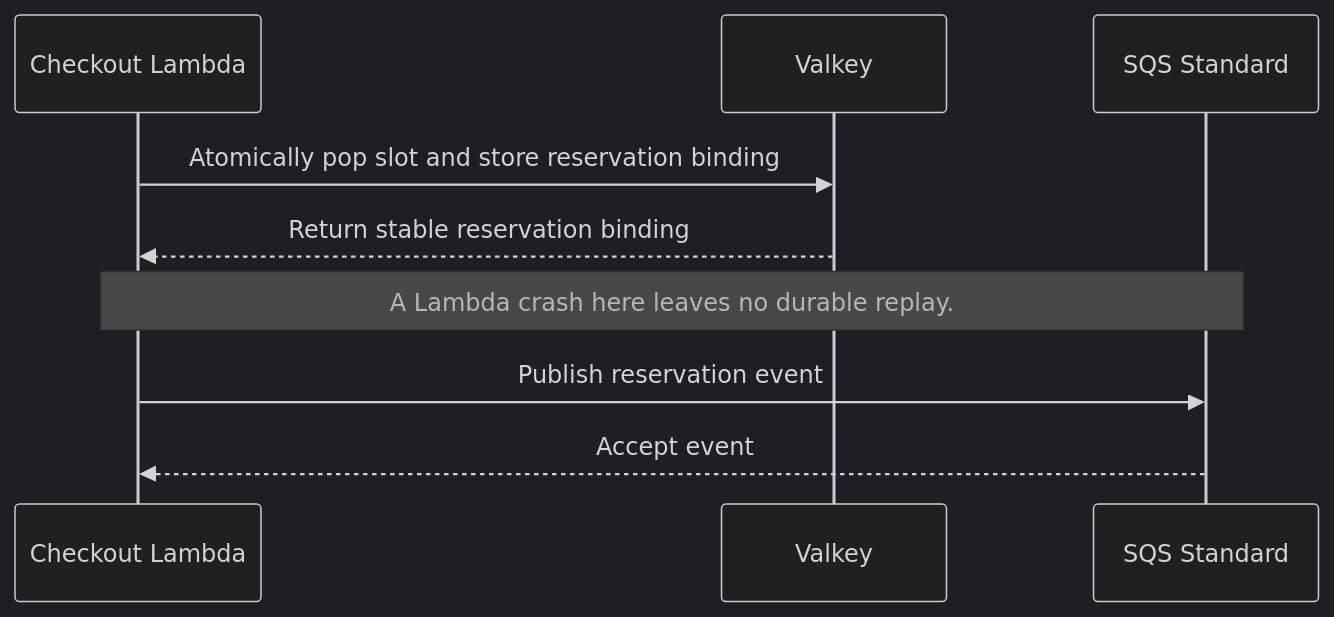
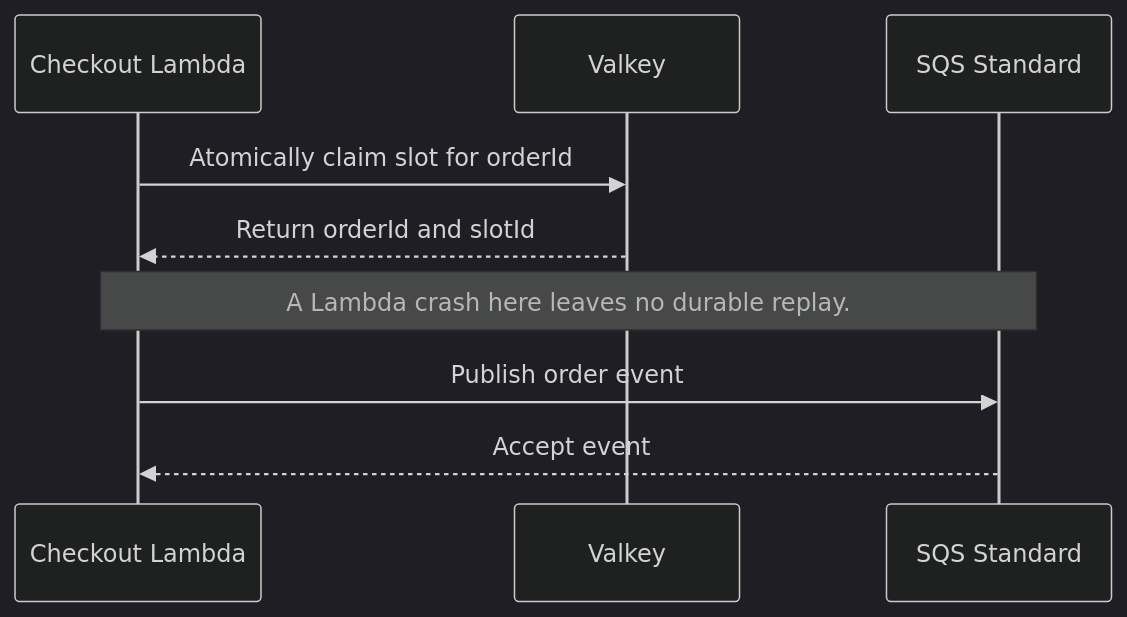
Before and after one commit to rantingmong/bookipi-test: the diagram in docs/reliability.md, drawn with Mermaid (dark theme). The commit also changed other lines of this file and 47 other files, not shown here.

````diff
--- a/docs/reliability.md
+++ b/docs/reliability.md
@@ -13,11 +13,11 @@
 ```mermaid
 sequenceDiagram
     participant L as Checkout Lambda
     participant V as Valkey
     participant Q as SQS Standard
-    L->>V: Atomically pop slot and store reservation binding
-    V-->>L: Return stable reservation binding
+    L->>V: Atomically claim slot for orderId
+    V-->>L: Return orderId and slotId
     Note over L,Q: A Lambda crash here leaves no durable replay.
-    L->>Q: Publish reservation event
+    L->>Q: Publish order event
     Q-->>L: Accept event
 ```
````
